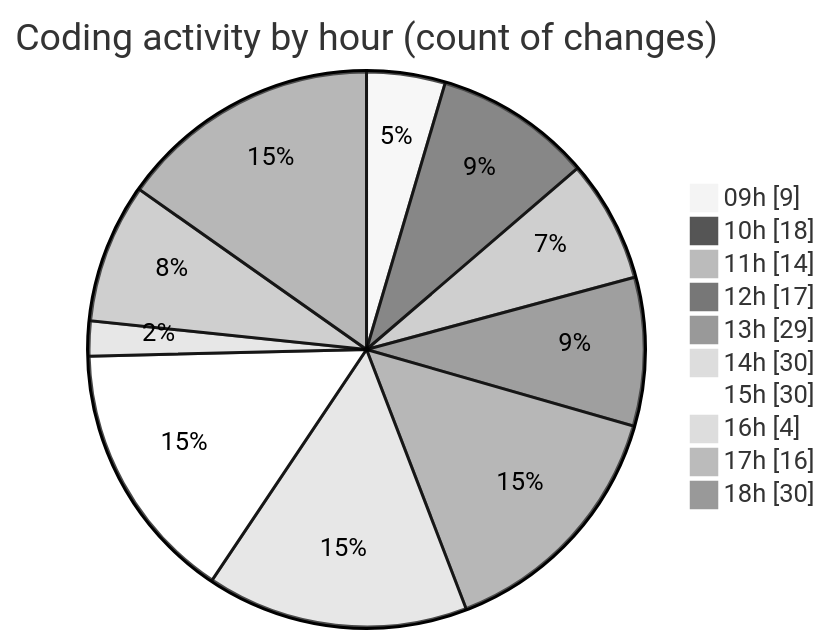
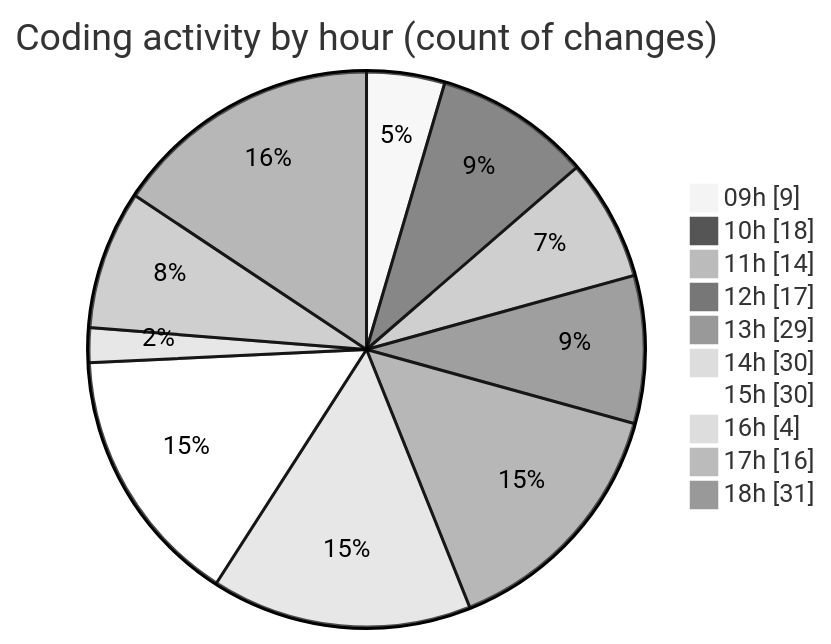
The second of 2 diagrams in 2025-03-24/cda/README.md (momahboobian/code-tracking), drawn with Mermaid (neutral theme) before and after one commit. The commit also changed other lines of this file and 1 other file, not shown here.

````diff
--- a/2025-03-24/cda/README.md
+++ b/2025-03-24/cda/README.md
@@ -56,14 +56,14 @@
 ```mermaid
 pie showData
 title Coding activity by hour (count of changes)
 "09h" : 9
 "10h" : 18
 "11h" : 14
 "12h" : 17
 "13h" : 29
 "14h" : 30
 "15h" : 30
 "16h" : 4
 "17h" : 16
-"18h" : 30
+"18h" : 31
 ```
````
